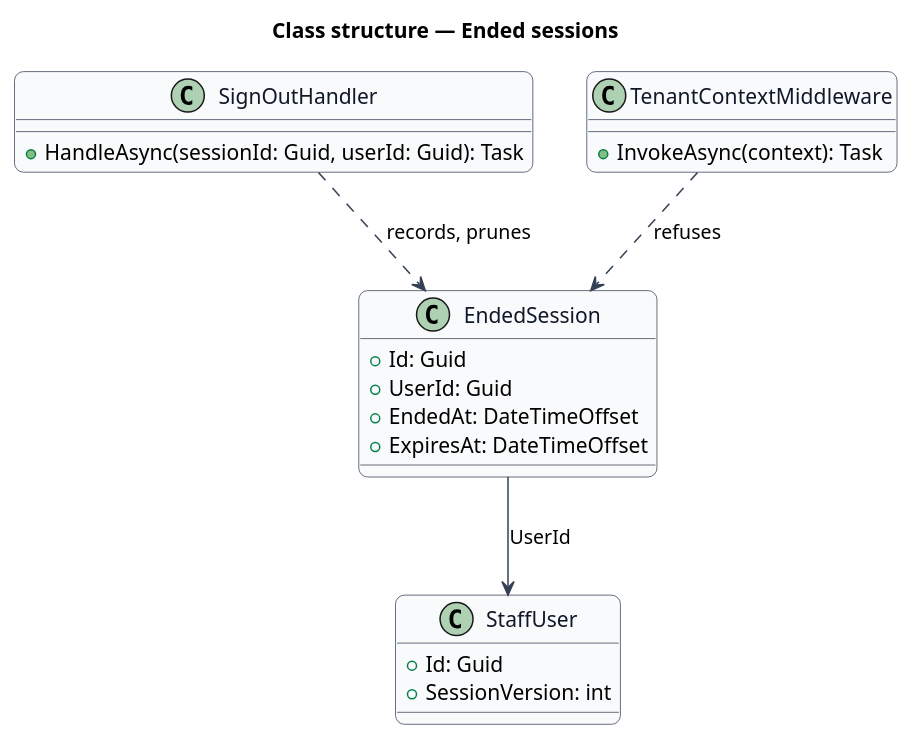
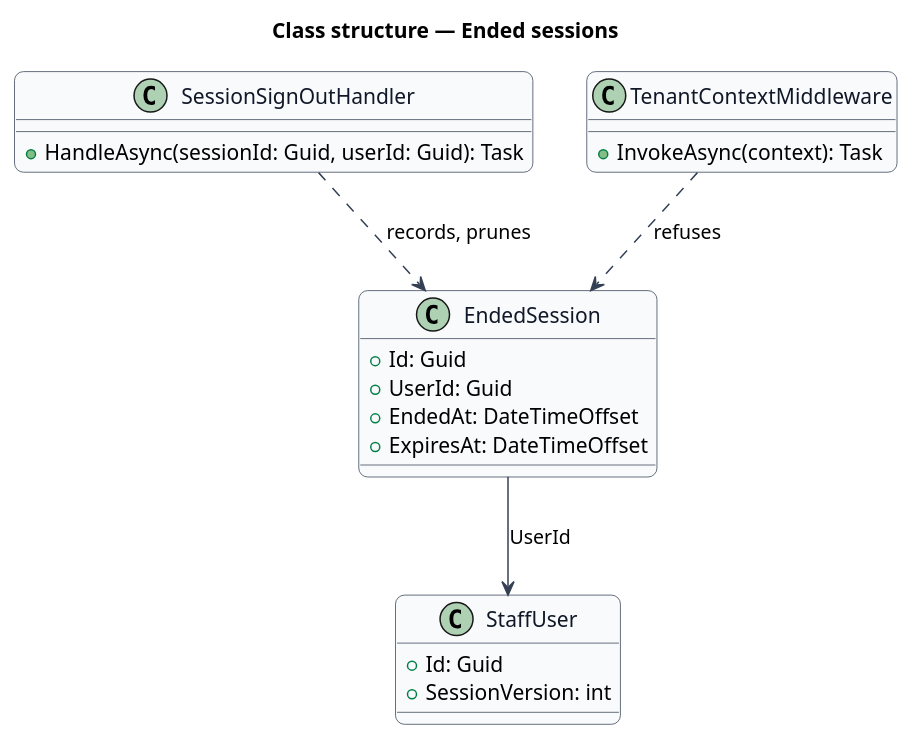
The diagram in docs/detailed-designs/identity/end-user-session/diagrams/class-structure.puml (QuinntyneBrown/promise-hub), drawn with PlantUML before and after one commit. The commit also changed 14 other files, not shown here.

```diff
--- a/docs/detailed-designs/identity/end-user-session/diagrams/class-structure.puml
+++ b/docs/detailed-designs/identity/end-user-session/diagrams/class-structure.puml
@@ -1,32 +1,32 @@
 @startuml
 skinparam backgroundColor #FFFFFF
 skinparam shadowing false
 skinparam roundcorner 12
 skinparam defaultFontName Arial
 skinparam ArrowColor #344054
 skinparam class {
   BorderColor #344054
   FontColor #101828
   BackgroundColor #F9FAFB
 }
 title Class structure — Ended sessions
 class EndedSession {
   +Id: Guid
   +UserId: Guid
   +EndedAt: DateTimeOffset
   +ExpiresAt: DateTimeOffset
 }
-class SignOutHandler {
+class SessionSignOutHandler {
   +HandleAsync(sessionId: Guid, userId: Guid): Task
 }
 class TenantContextMiddleware {
   +InvokeAsync(context): Task
 }
 class StaffUser {
   +Id: Guid
   +SessionVersion: int
 }
-SignOutHandler ..> EndedSession : records, prunes
+SessionSignOutHandler ..> EndedSession : records, prunes
 TenantContextMiddleware ..> EndedSession : refuses
 EndedSession --> StaffUser : UserId
 @enduml
```
